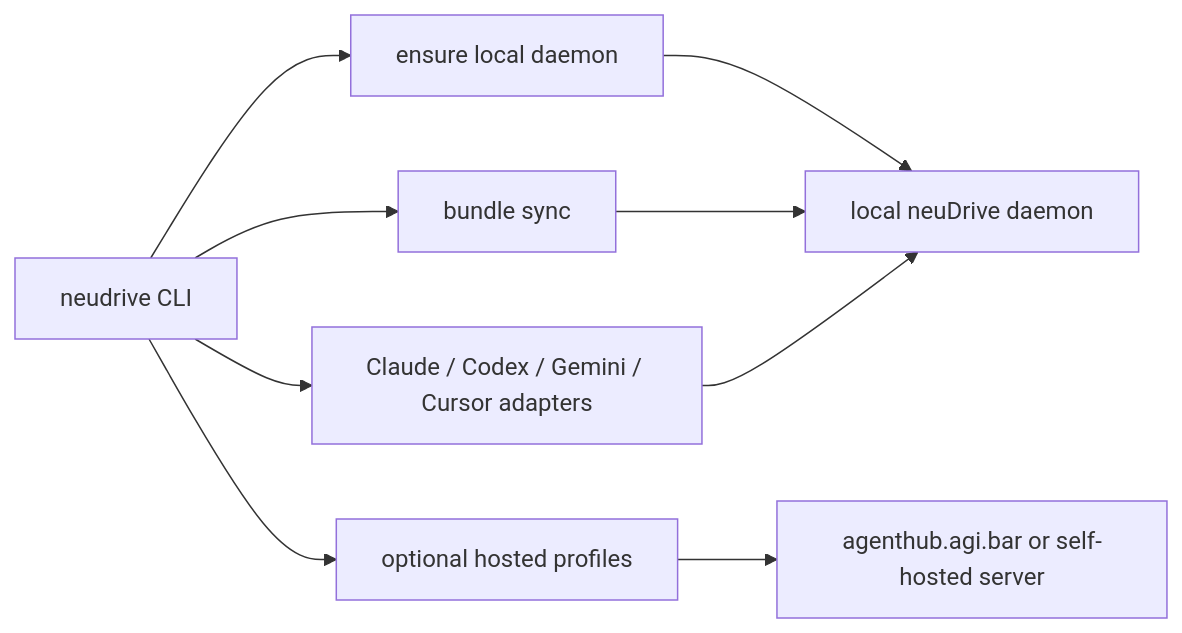
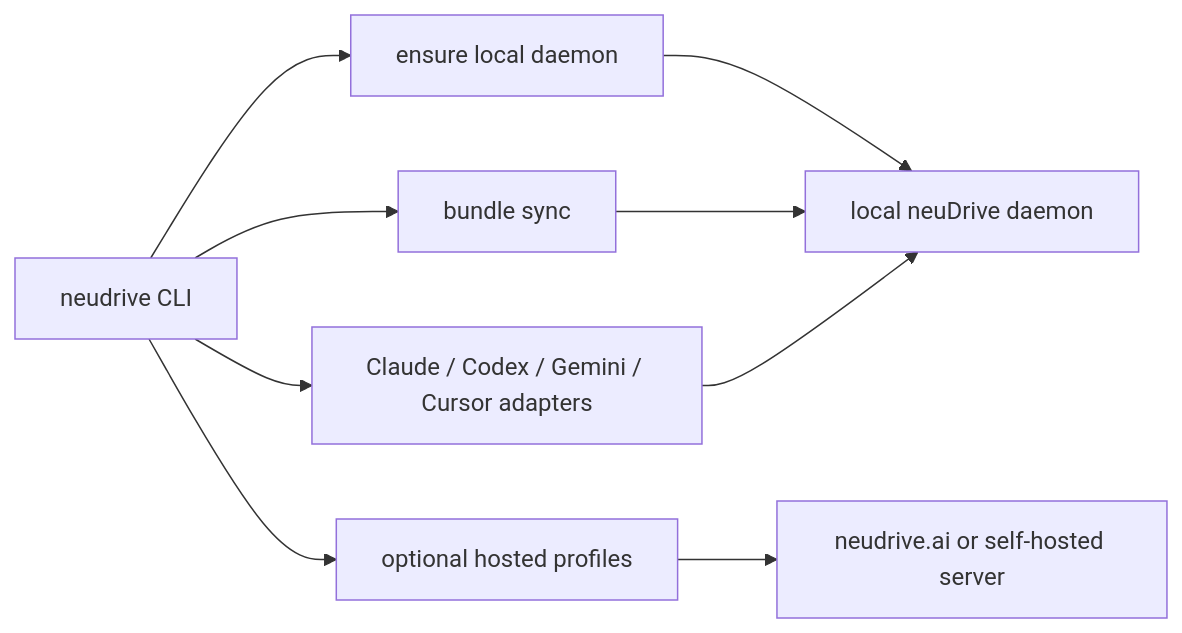
Before and after one commit to agi-bar/neuDrive: the diagram in docs/design.md, drawn with Mermaid. The commit also changed other lines of this file and 5 other files, not shown here.

Commit message:
chore: switch hosted domain back to neudrive.ai

````diff
--- a/docs/design.md
+++ b/docs/design.md
@@ -48,11 +48,11 @@
 ```mermaid
 flowchart LR
     CLI["neudrive CLI"] --> Ensure["ensure local daemon"]
     Ensure --> Local["local neuDrive daemon"]
     CLI --> Platforms["Claude / Codex / Gemini / Cursor adapters"]
     CLI --> Sync["bundle sync"]
     Sync --> Local
     CLI --> Remote["optional hosted profiles"]
-    Remote --> Hosted["agenthub.agi.bar or self-hosted server"]
+    Remote --> Hosted["neudrive.ai or self-hosted server"]
     Platforms --> Local
 ```
````
